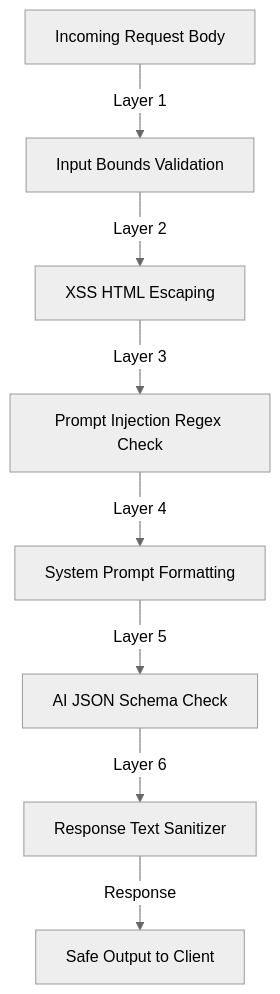
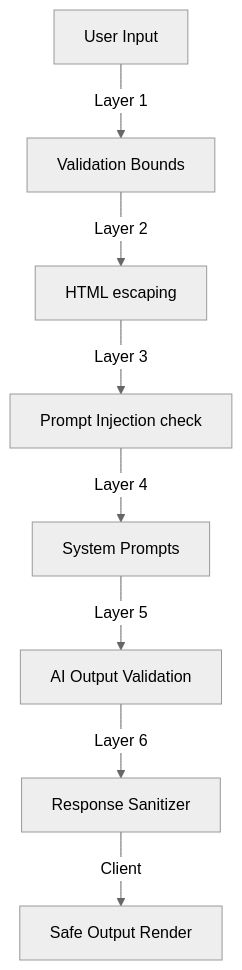
Before and after one commit to aqib85385-svg/ecotrack: the second of 3 diagrams in README.md, drawn with Mermaid (neutral theme). The commit also changed other lines of this file and 28 other files, not shown here.

Commit message:
chore: implement engineering maturity, security hardening, performance optimizations and flat health check response

````diff
--- a/README.md
+++ b/README.md
@@ -72,10 +104,10 @@
 ```mermaid
 graph TD
-    Input[Incoming Request Body] -->|Layer 1| Val[Input Bounds Validation]
-    Val -->|Layer 2| San[XSS HTML Escaping]
-    San -->|Layer 3| Risk[Prompt Injection Regex Check]
-    Risk -->|Layer 4| Temp[System Prompt Formatting]
-    Temp -->|Layer 5| Out[AI JSON Schema Check]
-    Out -->|Layer 6| OutSan[Response Text Sanitizer]
-    OutSan -->|Response| Client[Safe Output to Client]
+    Input[User Input] -->|Layer 1| Val[Validation Bounds]
+    Val -->|Layer 2| Esc[HTML escaping]
+    Esc -->|Layer 3| Inj[Prompt Injection check]
+    Inj -->|Layer 4| Temp[System Prompts]
+    Temp -->|Layer 5| OutVal[AI Output Validation]
+    OutVal -->|Layer 6| RespSan[Response Sanitizer]
+    RespSan -->|Client| Render[Safe Output Render]
 ```
````
